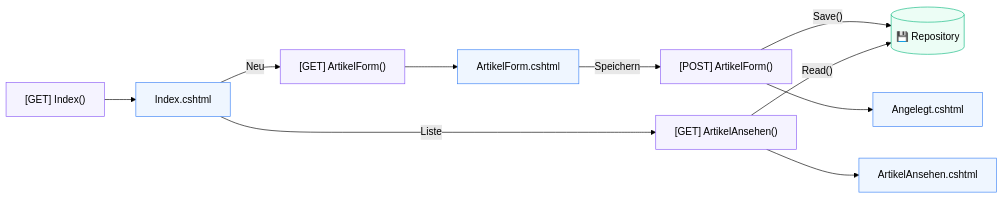
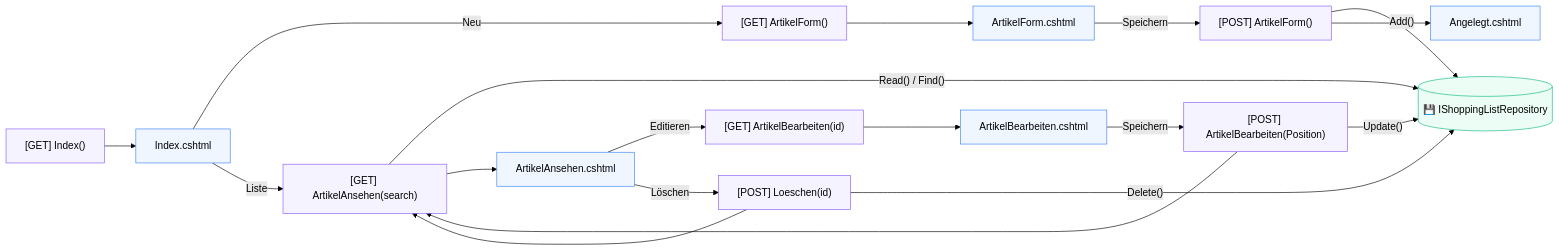
Before and after one commit to T-Boyke/C-Sharp-ASP-Fundamentals: the diagram in 04_ShoppingList/src/README.md, drawn with Mermaid (forest theme). The commit also changed other lines of this file and 2 other files, not shown here.

Commit message:
Docs: Update architecture and READMEs for new features

````diff
--- a/04_ShoppingList/src/README.md
+++ b/04_ShoppingList/src/README.md
@@ -15,33 +15,45 @@
 ```mermaid
 flowchart LR
     %% Styling
     classDef view fill:#eff6ff,stroke:#3b82f6,stroke-width:1px
     classDef action fill:#f5f3ff,stroke:#8b5cf6,stroke-width:1px
     classDef db fill:#ecfdf5,stroke:#10b981,stroke-width:1px
 
     %% Controller Actions
     idx["[GET] Index()"]:::action
     formGet["[GET] ArtikelForm()"]:::action
     formPost["[POST] ArtikelForm()"]:::action
-    sehen["[GET] ArtikelAnsehen()"]:::action
+    sehen["[GET] ArtikelAnsehen(search)"]:::action
+    editGet["[GET] ArtikelBearbeiten(id)"]:::action
+    editPost["[POST] ArtikelBearbeiten(Position)"]:::action
+    deletePost["[POST] Loeschen(id)"]:::action
 
     %% Views
     v_idx["Index.cshtml"]:::view
     v_form["ArtikelForm.cshtml"]:::view
     v_angelegt["Angelegt.cshtml"]:::view
     v_sehen["ArtikelAnsehen.cshtml"]:::view
+    v_edit["ArtikelBearbeiten.cshtml"]:::view
 
     %% Database
-    Database[("💾 Repository")]:::db
+    Database[("💾 IShoppingListRepository")]:::db
 
     %% Flow
     idx --> v_idx
     v_idx -- "Neu" --> formGet
     v_idx -- "Liste" --> sehen
     formGet --> v_form
     v_form -- "Speichern" --> formPost
-    formPost -- "Save()" --> Database
+    formPost -- "Add()" --> Database
     formPost --> v_angelegt
-    sehen -- "Read()" --> Database
+    sehen -- "Read() / Find()" --> Database
     sehen --> v_sehen
+    v_sehen -- "Editieren" --> editGet
+    editGet --> v_edit
+    v_edit -- "Speichern" --> editPost
+    editPost -- "Update()" --> Database
+    editPost --> sehen
+    v_sehen -- "Löschen" --> deletePost
+    deletePost -- "Delete()" --> Database
+    deletePost --> sehen
 ```
````
